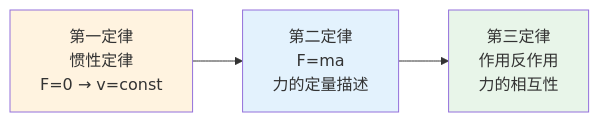
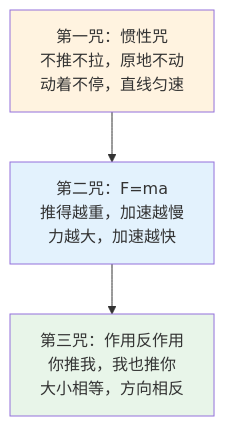
The second of 10 diagrams in content/natural-sciences/physics/index.md (wxyClark/wxyClark.github.io), drawn with Mermaid before and after one commit. The commit also changed other lines of this file and 11 other files, not shown here.

````diff
--- a/content/natural-sciences/physics/index.md
+++ b/content/natural-sciences/physics/index.md
@@ -51,9 +54,9 @@
 ```mermaid
-flowchart LR
-    L1[第一定律<br/>惯性定律<br/>F=0 → v=const] --> L2[第二定律<br/>F=ma<br/>力的定量描述]
-    L2 --> L3[第三定律<br/>作用反作用<br/>力的相互性]
+flowchart TD
+    L1[第一咒：惯性咒<br/>不推不拉，原地不动<br/>动着不停，直线匀速] --> L2[第二咒：F=ma<br/>推得越重，加速越慢<br/>力越大，加速越快] 
+    L2 --> L3[第三咒：作用反作用<br/>你推我，我也推你<br/>大小相等，方向相反]
     
     style L1 fill:#fff3e0
     style L2 fill:#e3f2fd
     style L3 fill:#e8f5e9
 ```
````
